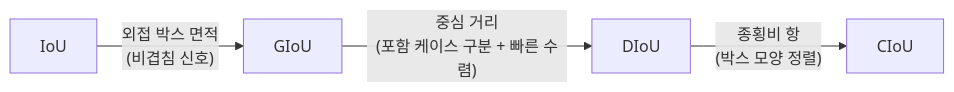
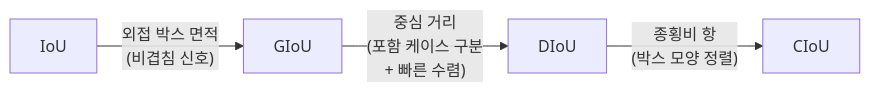
Before and after one commit to tylee-yeonge/physical-ai-study: the second of 2 diagrams in Studies/Phase 3/week3/README.md, drawn with Mermaid. The commit also changed other lines of this file and 1 other file, not shown here.

Commit message:
docs: split long mermaid Korean labels to prevent clipping

````diff
--- a/Studies/Phase 3/week3/README.md
+++ b/Studies/Phase 3/week3/README.md
@@ -467,6 +467,6 @@
 ```mermaid
 flowchart LR
     IoU -->|"외접 박스 면적<br/>(비겹침 신호)"| GIoU
-    GIoU -->|"중심 거리<br/>(포함 케이스 구분 + 빠른 수렴)"| DIoU
+    GIoU -->|"중심 거리<br/>(포함 케이스 구분<br/>+ 빠른 수렴)"| DIoU
     DIoU -->|"종횡비 항<br/>(박스 모양 정렬)"| CIoU
 ```
````
